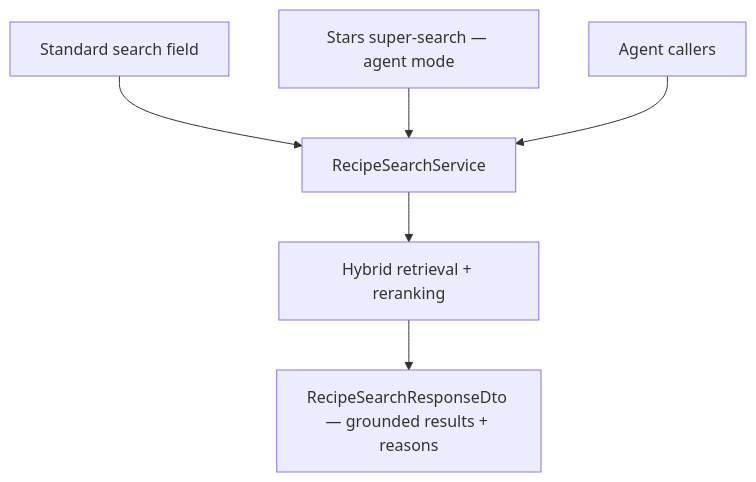
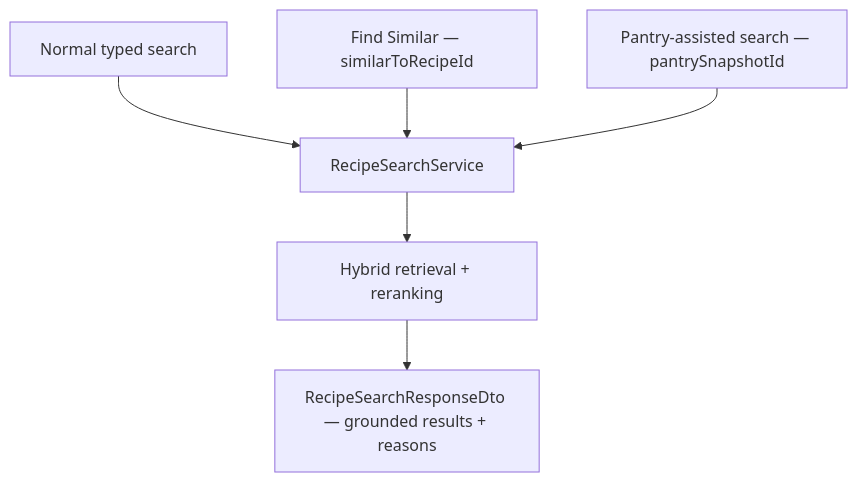
The eighth of 8 diagrams in docs/flows/data-flows/recipe-search-index-and-recovery.md (AlexandreBrisebois/whats-for-supper), drawn with Mermaid before and after one commit. The commit also changed other lines of this file and 29 other files, not shown here.

First line of the commit message:
Refactor recipe search functionality to remove agent search support

````diff
--- a/docs/flows/data-flows/recipe-search-index-and-recovery.md
+++ b/docs/flows/data-flows/recipe-search-index-and-recovery.md
@@ -386,8 +378,8 @@
 ```mermaid
 flowchart TD
-    A[Standard search field] --> C[RecipeSearchService]
-    B[Stars super-search — agent mode] --> C
-    D[Agent callers] --> C
+    A[Normal typed search] --> C[RecipeSearchService]
+    B[Find Similar — similarToRecipeId] --> C
+    D[Pantry-assisted search — pantrySnapshotId] --> C
     C --> E[Hybrid retrieval + reranking]
     E --> F[RecipeSearchResponseDto — grounded results + reasons]
 ```
````
